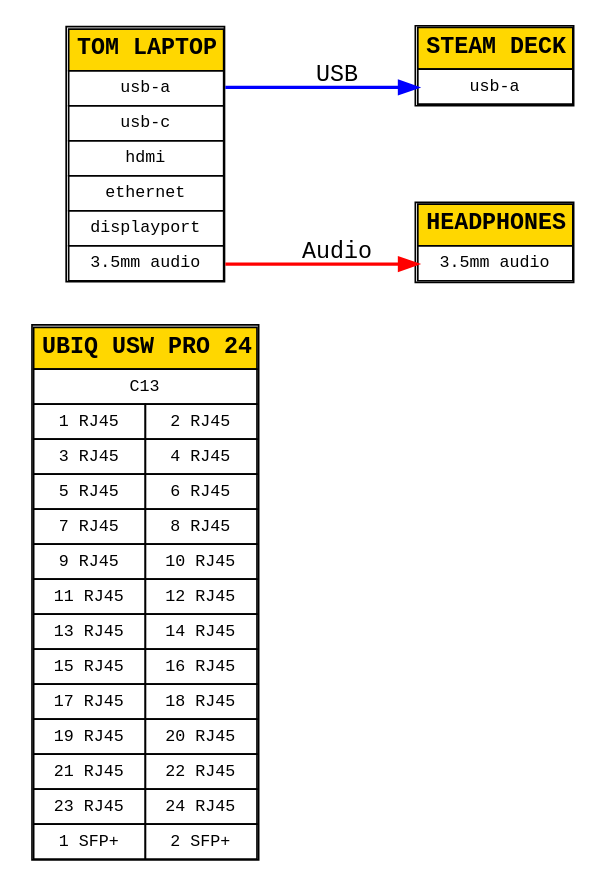
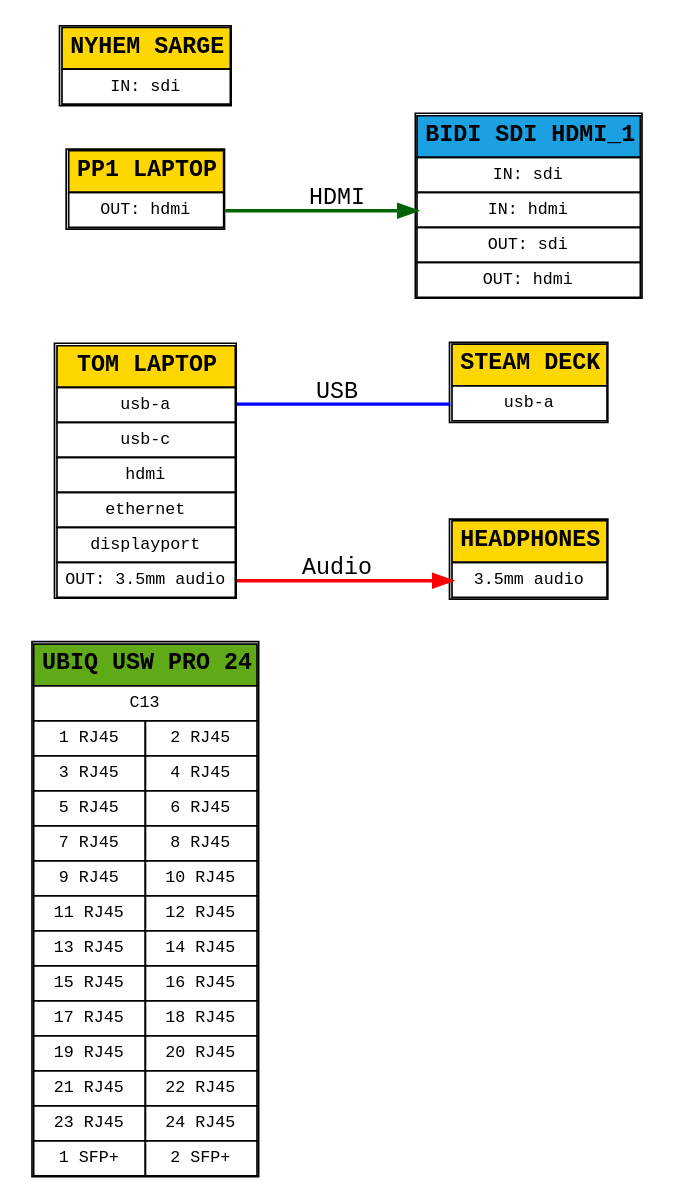
Before and after one commit to viktorfreiman/AVTrace: the diagram in generated.gv, drawn with Graphviz. The commit also changed 3 other files, not shown here.

```diff
--- a/generated.gv
+++ b/generated.gv
@@ -1,96 +1,121 @@
 digraph G {
     rankdir = LR;
     node [shape = plaintext; fontname = "monospace";];
 
 
     UBIQ_USW_PRO_24 [label = <
         <table border="1" cellborder="1" cellspacing="0" cellpadding="4">
-        <tr><td bgcolor="#FFD700" colspan="2"><font point-size="14"><b>UBIQ USW PRO 24</b></font></td></tr>
+        <tr><td bgcolor="#60A917" colspan="2"><font point-size="14"><b>UBIQ USW PRO 24</b></font></td></tr>
         <tr><td port="C13" colspan="2"><font point-size="10">C13</font></td></tr>
         <tr>
             <td port="rj45_1"><font point-size="10">1 RJ45</font></td>
             <td port="rj45_2"><font point-size="10">2 RJ45</font></td>
         </tr>
         <tr>
             <td port="rj45_3"><font point-size="10">3 RJ45</font></td>
             <td port="rj45_4"><font point-size="10">4 RJ45</font></td>
         </tr>
         <tr>
             <td port="rj45_5"><font point-size="10">5 RJ45</font></td>
             <td port="rj45_6"><font point-size="10">6 RJ45</font></td>
         </tr>
         <tr>
             <td port="rj45_7"><font point-size="10">7 RJ45</font></td>
             <td port="rj45_8"><font point-size="10">8 RJ45</font></td>
         </tr>
         <tr>
             <td port="rj45_9"><font point-size="10">9 RJ45</font></td>
             <td port="rj45_10"><font point-size="10">10 RJ45</font></td>
         </tr>
         <tr>
             <td port="rj45_11"><font point-size="10">11 RJ45</font></td>
             <td port="rj45_12"><font point-size="10">12 RJ45</font></td>
         </tr>
         <tr>
             <td port="rj45_13"><font point-size="10">13 RJ45</font></td>
             <td port="rj45_14"><font point-size="10">14 RJ45</font></td>
         </tr>
         <tr>
             <td port="rj45_15"><font point-size="10">15 RJ45</font></td>
             <td port="rj45_16"><font point-size="10">16 RJ45</font></td>
         </tr>
         <tr>
             <td port="rj45_17"><font point-size="10">17 RJ45</font></td>
             <td port="rj45_18"><font point-size="10">18 RJ45</font></td>
         </tr>
         <tr>
             <td port="rj45_19"><font point-size="10">19 RJ45</font></td>
             <td port="rj45_20"><font point-size="10">20 RJ45</font></td>
         </tr>
         <tr>
             <td port="rj45_21"><font point-size="10">21 RJ45</font></td>
             <td port="rj45_22"><font point-size="10">22 RJ45</font></td>
         </tr>
         <tr>
             <td port="rj45_23"><font point-size="10">23 RJ45</font></td>
             <td port="rj45_24"><font point-size="10">24 RJ45</font></td>
         </tr>
         <tr>
             <td port="sfp+_1"><font point-size="10">1 SFP+</font></td>
             <td port="sfp+_2"><font point-size="10">2 SFP+</font></td>
         </tr>
         </table>
         >;];
 
     STEAM_DECK [label = <
         <table border="1" cellborder="1" cellspacing="0" cellpadding="4">
         <tr><td bgcolor="#FFD700" colspan="2"><font point-size="14"><b>STEAM DECK</b></font></td></tr>
         <tr><td port="usb_a" colspan="2"><font point-size="10">usb-a</font></td></tr>
         </table>
         >;];
 
     TOM_LAPTOP [label = <
         <table border="1" cellborder="1" cellspacing="0" cellpadding="4">
         <tr><td bgcolor="#FFD700" colspan="3"><font point-size="14"><b>TOM LAPTOP</b></font></td></tr>
         <tr><td port="usb_a" colspan="3"><font point-size="10">usb-a</font></td></tr>
         <tr><td port="usb_c" colspan="3"><font point-size="10">usb-c</font></td></tr>
         <tr><td port="hdmi" colspan="3"><font point-size="10">hdmi</font></td></tr>
         <tr><td port="ethernet" colspan="3"><font point-size="10">ethernet</font></td></tr>
         <tr><td port="displayport" colspan="3"><font point-size="10">displayport</font></td></tr>
-        <tr><td port="port_3_5mm_audio" colspan="3"><font point-size="10">3.5mm audio</font></td></tr>
+        <tr><td port="port_3_5mm_audio" colspan="3"><font point-size="10">OUT: 3.5mm audio</font></td></tr>
+        </table>
+        >;];
+
+    PP1_LAPTOP [label = <
+        <table border="1" cellborder="1" cellspacing="0" cellpadding="4">
+        <tr><td bgcolor="#FFD700" colspan="2"><font point-size="14"><b>PP1 LAPTOP</b></font></td></tr>
+        <tr><td port="hdmi" colspan="2"><font point-size="10">OUT: hdmi</font></td></tr>
+        </table>
+        >;];
+
+    BIDI_SDI_HDMI_1 [label = <
+        <table border="1" cellborder="1" cellspacing="0" cellpadding="4">
+        <tr><td bgcolor="#1BA1E2" colspan="2"><font point-size="14"><b>BIDI SDI HDMI_1</b></font></td></tr>
+        <tr><td port="sdi" colspan="2"><font point-size="10">IN: sdi</font></td></tr>
+        <tr><td port="hdmi" colspan="2"><font point-size="10">IN: hdmi</font></td></tr>
+        <tr><td port="sdi" colspan="2"><font point-size="10">OUT: sdi</font></td></tr>
+        <tr><td port="hdmi" colspan="2"><font point-size="10">OUT: hdmi</font></td></tr>
+        </table>
+        >;];
+
+    NYHEM_SARGE [label = <
+        <table border="1" cellborder="1" cellspacing="0" cellpadding="4">
+        <tr><td bgcolor="#FFD700" colspan="2"><font point-size="14"><b>NYHEM SARGE</b></font></td></tr>
+        <tr><td port="sdi" colspan="2"><font point-size="10">IN: sdi</font></td></tr>
         </table>
         >;];
 
     HEADPHONES [label = <
         <table border="1" cellborder="1" cellspacing="0" cellpadding="4">
         <tr><td bgcolor="#FFD700" colspan="3"><font point-size="14"><b>HEADPHONES</b></font></td></tr>
         <tr><td port="port_3_5mm_audio" colspan="3"><font point-size="10">3.5mm audio</font></td></tr>
         </table>
         >;];
 
 
     // Connections
 
-    TOM_LAPTOP:usb_a -> STEAM_DECK:usb_a [label = "USB"; color = blue; penwidth = 2; fontname = "monospace";];
+    TOM_LAPTOP:usb_a -> STEAM_DECK:usb_a [label = "USB"; color = blue; penwidth = 2; fontname = "monospace"; dir = none;];
     TOM_LAPTOP:port_3_5mm_audio -> HEADPHONES:port_3_5mm_audio [label = "Audio"; color = red; penwidth = 2; fontname = "monospace";];
+    PP1_LAPTOP:hdmi -> BIDI_SDI_HDMI_1:hdmi [label = "HDMI"; color = darkgreen; penwidth = 2; fontname = "monospace";];
 }
```
